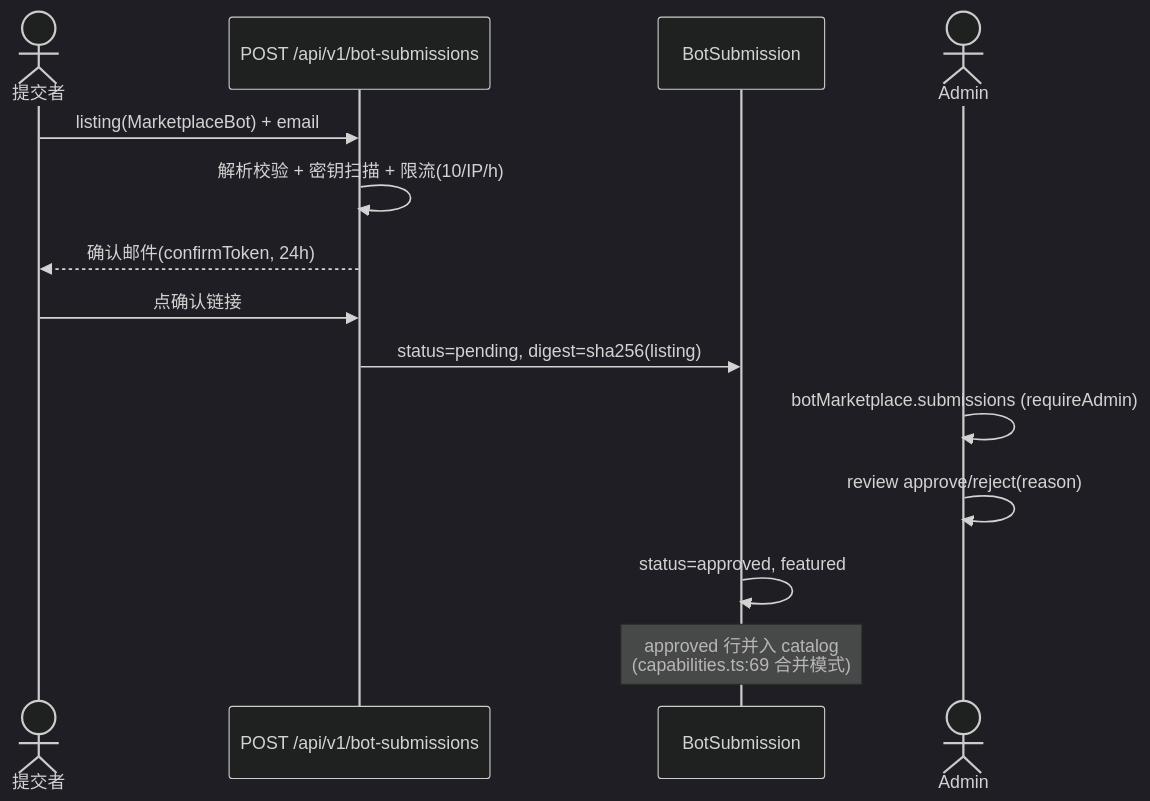
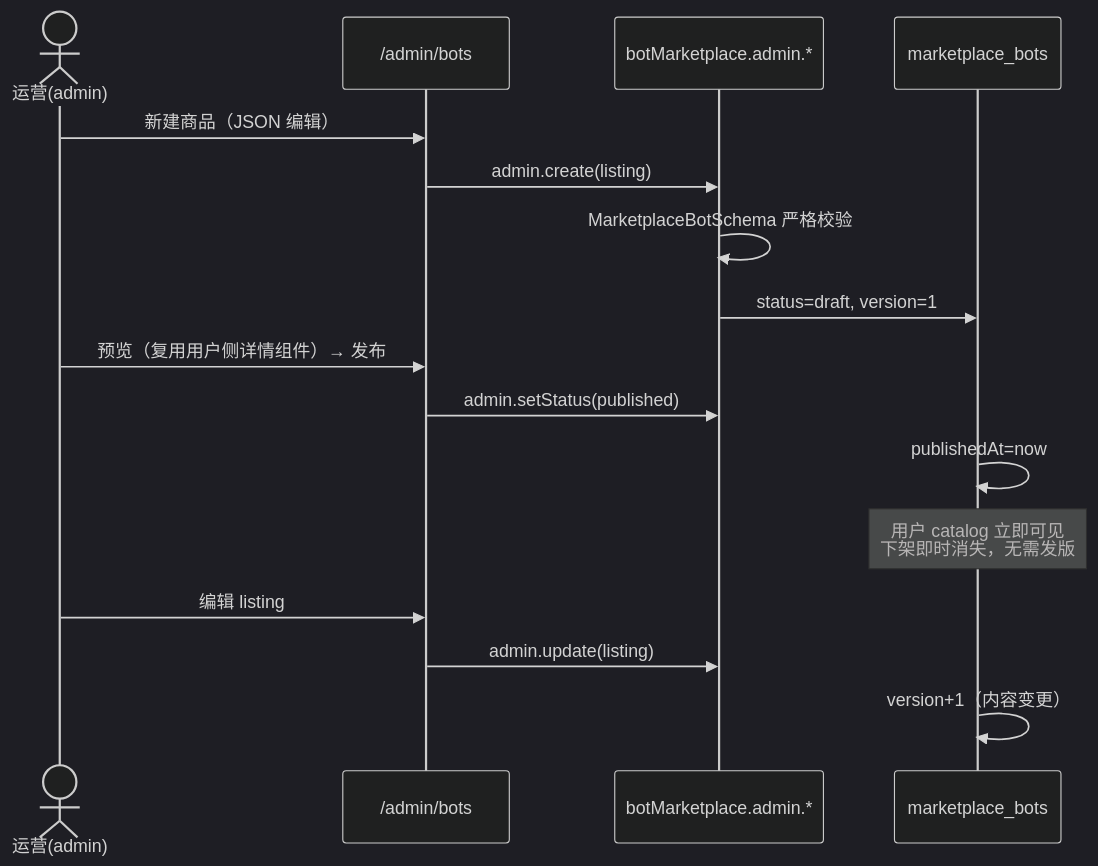
Before and after one commit to foxtwobao/botone: the second of 4 diagrams in docs/bot-marketplace-design.md, drawn with Mermaid (dark theme). The commit also changed other lines of this file and 2 other files, not shown here.

````diff
--- a/docs/bot-marketplace-design.md
+++ b/docs/bot-marketplace-design.md
@@ -223,16 +233,18 @@
 ```mermaid
 sequenceDiagram
-    actor P as 提交者
-    participant HTTP as POST /api/v1/bot-submissions
-    participant DB as BotSubmission
-    actor A as Admin
-    P->>HTTP: listing(MarketplaceBot) + email
-    HTTP->>HTTP: 解析校验 + 密钥扫描 + 限流(10/IP/h)
-    HTTP-->>P: 确认邮件(confirmToken, 24h)
-    P->>HTTP: 点确认链接
-    HTTP->>DB: status=pending, digest=sha256(listing)
-    A->>A: botMarketplace.submissions (requireAdmin)
-    A->>A: review approve/reject(reason)
-    DB->>DB: status=approved, featured
-    Note over DB: approved 行并入 catalog<br/>(capabilities.ts:69 合并模式)
+    actor O as 运营(admin)
+    participant UI as /admin/bots
+    participant RPC as botMarketplace.admin.*
+    participant DB as marketplace_bots
+    O->>UI: 新建商品（JSON 编辑）
+    UI->>RPC: admin.create(listing)
+    RPC->>RPC: MarketplaceBotSchema 严格校验
+    RPC->>DB: status=draft, version=1
+    O->>UI: 预览（复用用户侧详情组件）→ 发布
+    UI->>RPC: admin.setStatus(published)
+    DB->>DB: publishedAt=now
+    Note over DB: 用户 catalog 立即可见<br/>下架即时消失，无需发版
+    O->>UI: 编辑 listing
+    UI->>RPC: admin.update(listing)
+    DB->>DB: version+1（内容变更）
 ```
````
